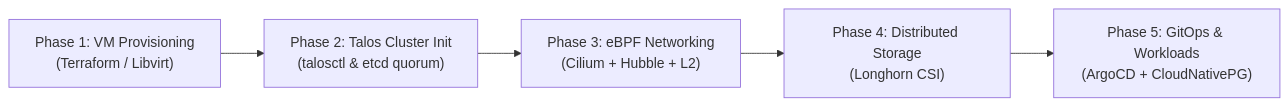
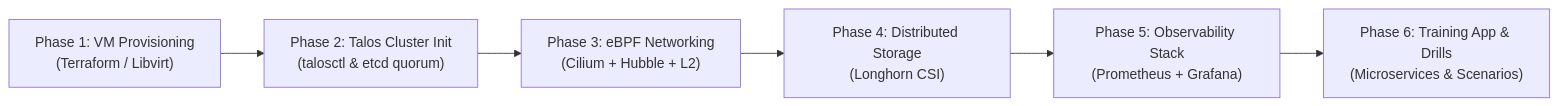
Before and after one commit to celttechie/talos-k8s-platform: the second of 2 diagrams in PLAN.md, drawn with Mermaid. The commit also changed other lines of this file and 17 other files, not shown here.

First line of the commit message:
docs: update architecture blueprint for troubleshooting lab and observability (#24)

````diff
--- a/PLAN.md
+++ b/PLAN.md
@@ -97,7 +138,8 @@
 ```mermaid
 flowchart LR
     Phase1["Phase 1: VM Provisioning\n(Terraform / Libvirt)"] --> Phase2["Phase 2: Talos Cluster Init\n(talosctl & etcd quorum)"]
     Phase2 --> Phase3["Phase 3: eBPF Networking\n(Cilium + Hubble + L2)"]
     Phase3 --> Phase4["Phase 4: Distributed Storage\n(Longhorn CSI)"]
-    Phase4 --> Phase5["Phase 5: GitOps & Workloads\n(ArgoCD + CloudNativePG)"]
+    Phase4 --> Phase5["Phase 5: Observability Stack\n(Prometheus + Grafana)"]
+    Phase5 --> Phase6["Phase 6: Training App & Drills\n(Microservices & Scenarios)"]
 ```
````
